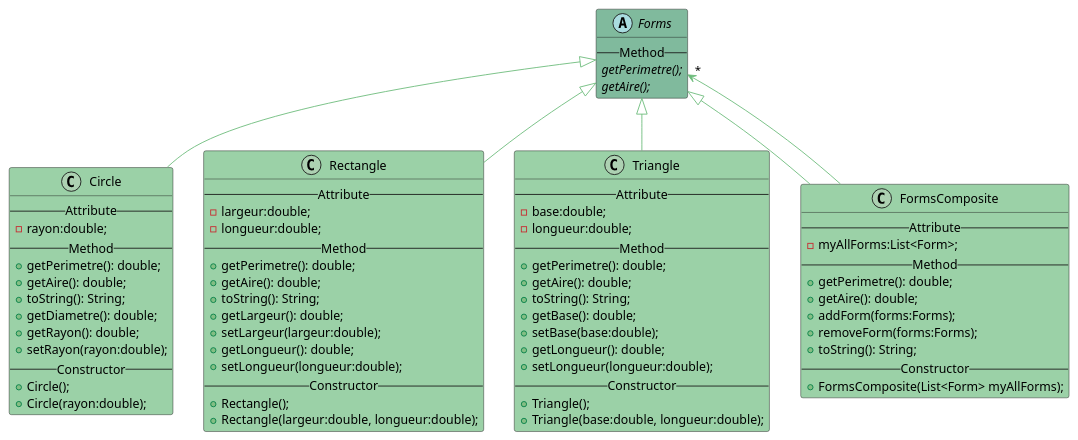
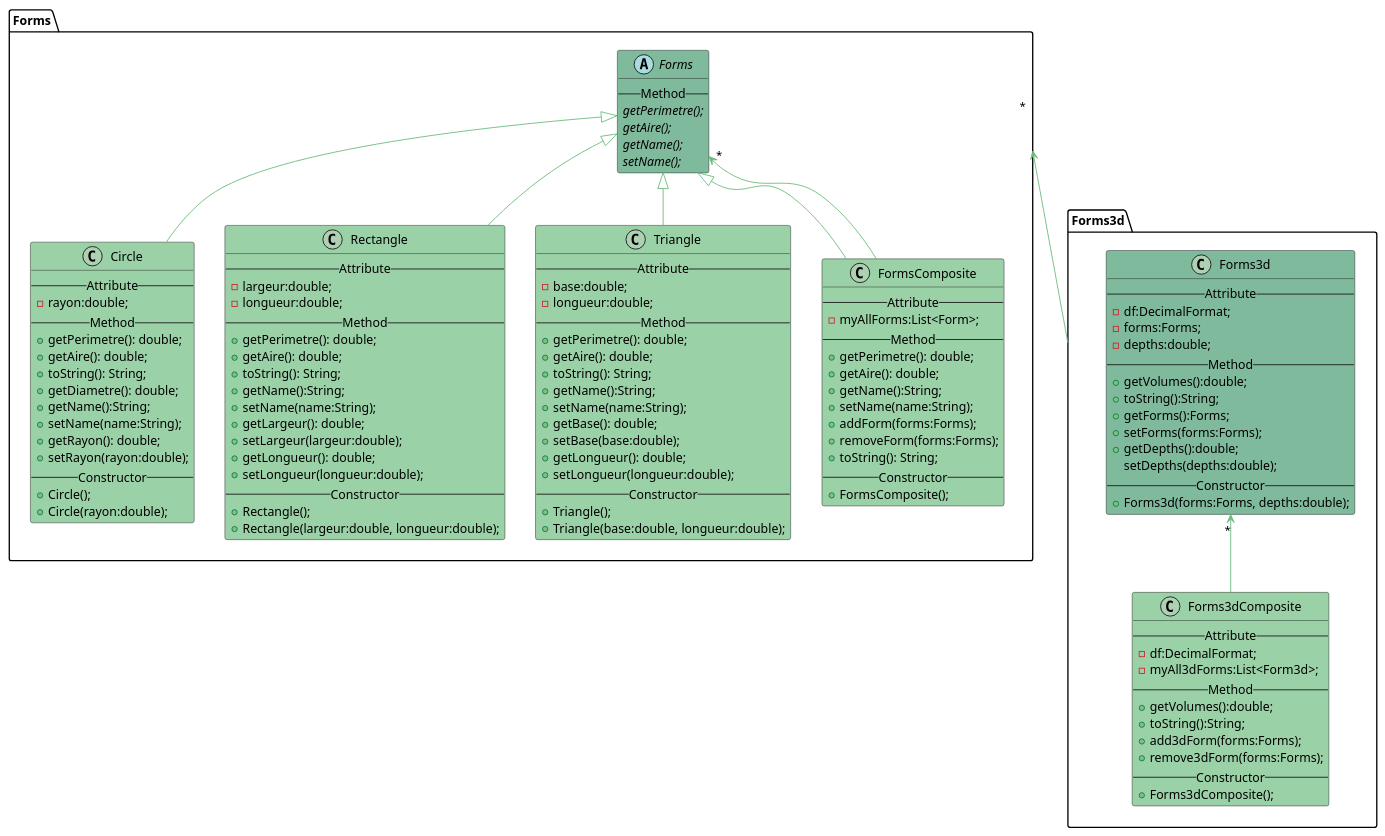
The diagram in filrouge_402-BACK/umlFilRouge.puml (BSamet/fil_rouge_4.0.2), drawn with PlantUML before and after one commit. The commit also changed 9 other files, not shown here.

Commit message:
Samet : Update UML

```diff
--- a/filrouge_402-BACK/umlFilRouge.puml
+++ b/filrouge_402-BACK/umlFilRouge.puml
@@ -1,77 +1,122 @@
 @startuml
 
-abstract class Forms #80BA9D {
-    --Method--
-    {abstract} getPerimetre();
-    {abstract} getAire();
+package "Forms" {
+    abstract class Forms #80BA9D {
+        --Method--
+        {abstract} getPerimetre();
+        {abstract} getAire();
+        {abstract} getName();
+        {abstract} setName();
+    }
+
+    class Circle #9BD1A7 {
+        --Attribute--
+        -rayon:double;
+        --Method--
+        +getPerimetre(): double;
+        +getAire(): double;
+        +toString(): String;
+        +getDiametre(): double;
+        +getName():String;
+        +setName(name:String);
+        +getRayon(): double;
+        +setRayon(rayon:double);
+        --Constructor--
+        +Circle();
+        +Circle(rayon:double);
+    }
+
+    class Rectangle #9BD1A7 {
+        --Attribute--
+        -largeur:double;
+        -longueur:double;
+        --Method--
+        +getPerimetre(): double;
+        +getAire(): double;
+        +toString(): String;
+        +getName():String;
+        +setName(name:String);
+        +getLargeur(): double;
+        +setLargeur(largeur:double);
+        +getLongueur(): double;
+        +setLongueur(longueur:double);
+        --Constructor--
+        +Rectangle();
+        +Rectangle(largeur:double, longueur:double);
+    }
+
+    class Triangle #9BD1A7 {
+        --Attribute--
+        -base:double;
+        -longueur:double;
+        --Method--
+        +getPerimetre(): double;
+        +getAire(): double;
+        +toString(): String;
+        +getName():String;
+        +setName(name:String);
+        +getBase(): double;
+        +setBase(base:double);
+        +getLongueur(): double;
+        +setLongueur(longueur:double);
+        --Constructor--
+        +Triangle();
+        +Triangle(base:double, longueur:double);
+    }
+
+    class FormsComposite #9BD1A7 {
+        --Attribute--
+        -myAllForms:List<Form>;
+        --Method--
+        +getPerimetre(): double;
+        +getAire(): double;
+        +getName():String;
+        +setName(name:String);
+        +addForm(forms:Forms);
+        +removeForm(forms:Forms);
+        +toString(): String;
+        --Constructor--
+        +FormsComposite();
+    }
+        Forms <|-- Circle #6CBB7A
+        Forms <|-- Rectangle #6CBB7A
+        Forms <|-- Triangle #6CBB7A
+        Forms <|-- FormsComposite #6CBB7A
+        Forms "*" <-- FormsComposite #6CBB7A
 }
 
-class Circle #9BD1A7 {
-    --Attribute--
-    -rayon:double;
-    --Method--
-    +getPerimetre(): double;
-    +getAire(): double;
-    +toString(): String;
-    +getDiametre(): double;
-    +getRayon(): double;
-    +setRayon(rayon:double);
-    --Constructor--
-    +Circle();
-    +Circle(rayon:double);
+package "Forms3d" {
+    class Forms3d #80BA9D {
+        --Attribute--
+        -df:DecimalFormat;
+        -forms:Forms;
+        -depths:double;
+        --Method--
+        +getVolumes():double;
+        +toString():String;
+        +getForms():Forms;
+        +setForms(forms:Forms);
+        +getDepths():double;
+        setDepths(depths:double);
+        --Constructor--
+        +Forms3d(forms:Forms, depths:double);
+    }
+
+    class Forms3dComposite #9BD1A7 {
+        --Attribute--
+        -df:DecimalFormat;
+        -myAll3dForms:List<Form3d>;
+        --Method--
+        +getVolumes():double;
+        +toString():String;
+        +add3dForm(forms:Forms);
+        +remove3dForm(forms:Forms);
+        --Constructor--
+        +Forms3dComposite();
+    }
+    Forms3d "*" <-- Forms3dComposite #6CBB7A
 }
+Forms "*" <-- Forms3d #6CBB7A
 
-class Rectangle #9BD1A7 {
-    --Attribute--
-    -largeur:double;
-    -longueur:double;
-    --Method--
-    +getPerimetre(): double;
-    +getAire(): double;
-    +toString(): String;
-    +getLargeur(): double;
-    +setLargeur(largeur:double);
-    +getLongueur(): double;
-    +setLongueur(longueur:double);
-    --Constructor--
-    +Rectangle();
-    +Rectangle(largeur:double, longueur:double);
-}
-
-class Triangle #9BD1A7 {
-    --Attribute--
-    -base:double;
-    -longueur:double;
-    --Method--
-    +getPerimetre(): double;
-    +getAire(): double;
-    +toString(): String;
-    +getBase(): double;
-    +setBase(base:double);
-    +getLongueur(): double;
-    +setLongueur(longueur:double);
-    --Constructor--
-    +Triangle();
-    +Triangle(base:double, longueur:double);
-}
-
-class FormsComposite #9BD1A7 {
-    --Attribute--
-    -myAllForms:List<Form>;
-    --Method--
-    +getPerimetre(): double;
-    +getAire(): double;
-    +addForm(forms:Forms);
-    +removeForm(forms:Forms);
-    +toString(): String;
-    --Constructor--
-    +FormsComposite(List<Form> myAllForms);
-}
-
-Forms <|-- Circle #6CBB7A
-Forms <|-- Rectangle #6CBB7A
-Forms <|-- Triangle #6CBB7A
-Forms <|-- FormsComposite #6CBB7A
-Forms "*" <-- FormsComposite #6CBB7A
 
 @enduml
```
